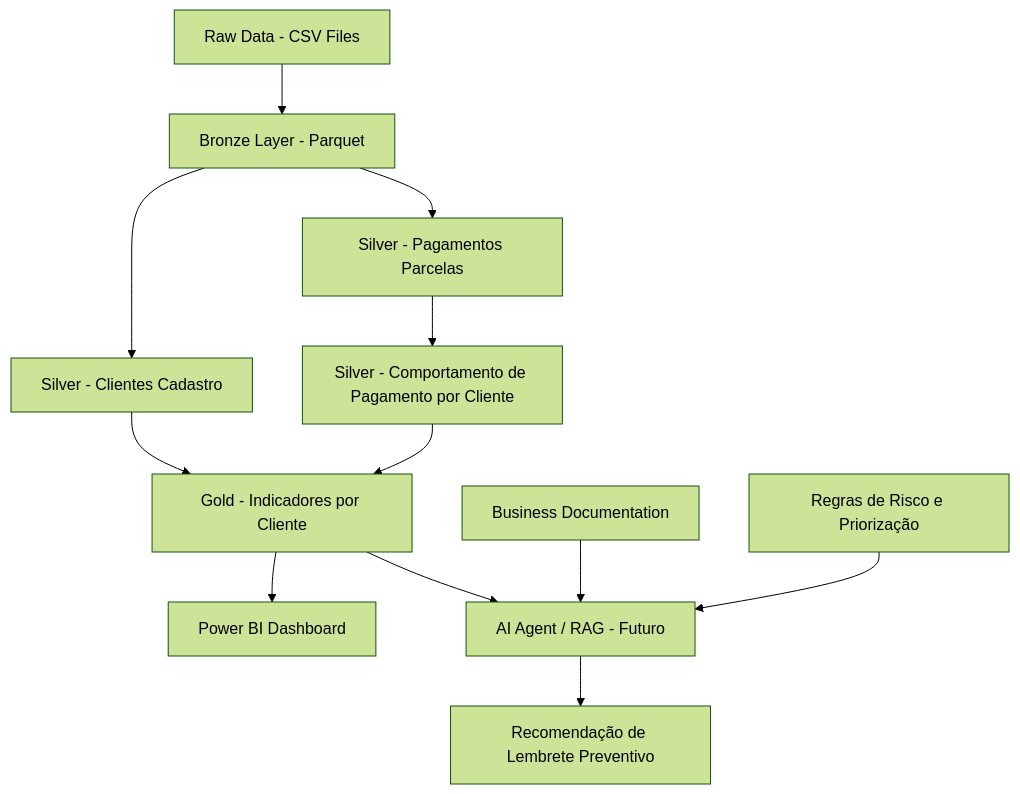
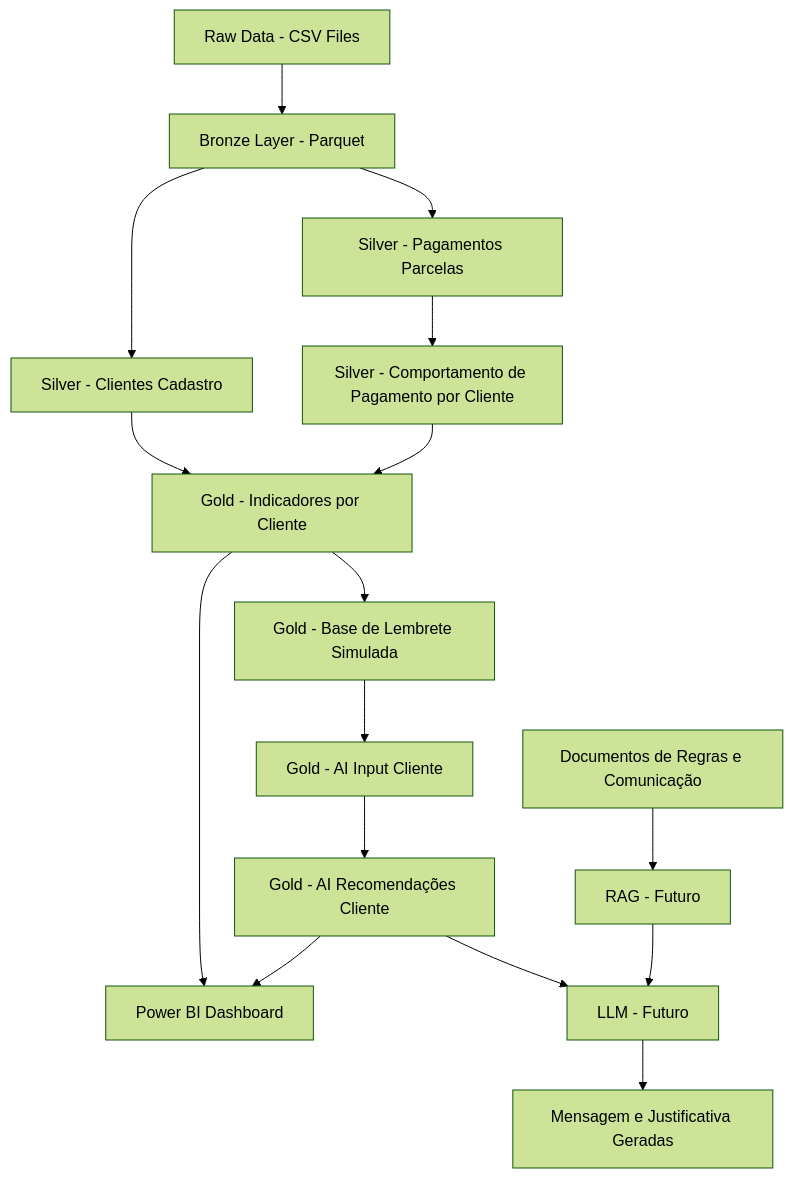
One commit to mialq/ai-powered-payment-reminder-platform changed the diagram in README.md. Above: the diagram before and after it, drawn with Mermaid (forest theme). The commit also changed other lines of this file, not shown here.

Commit message:
Atualiza README com arquitetura, camada inteligente e preparação para RAG

````diff
--- a/README.md
+++ b/README.md
@@ -104,14 +106,18 @@
 ```mermaid
 flowchart TD
     A[Raw Data - CSV Files] --> B[Bronze Layer - Parquet]
     B --> C1[Silver - Pagamentos Parcelas]
     B --> C2[Silver - Clientes Cadastro]
     C1 --> C3[Silver - Comportamento de Pagamento por Cliente]
     C2 --> D[Gold - Indicadores por Cliente]
     C3 --> D
-    D --> E[Power BI Dashboard]
-    D --> F[AI Agent / RAG - Futuro]
-    G[Business Documentation] --> F
-    H[Regras de Risco e Priorização] --> F
-    F --> I[Recomendação de Lembrete Preventivo]
+    D --> E[Gold - Base de Lembrete Simulada]
+    E --> F[Gold - AI Input Cliente]
+    F --> G[Gold - AI Recomendações Cliente]
+    D --> H[Power BI Dashboard]
+    G --> H
+    I[Documentos de Regras e Comunicação] --> J[RAG - Futuro]
+    G --> K[LLM - Futuro]
+    J --> K
+    K --> L[Mensagem e Justificativa Geradas]
 ```
````
